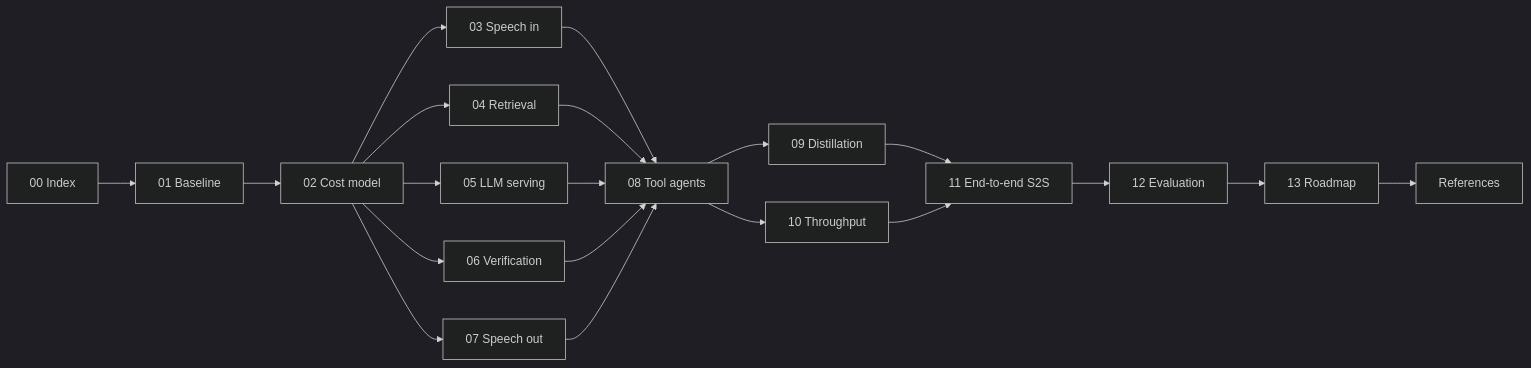
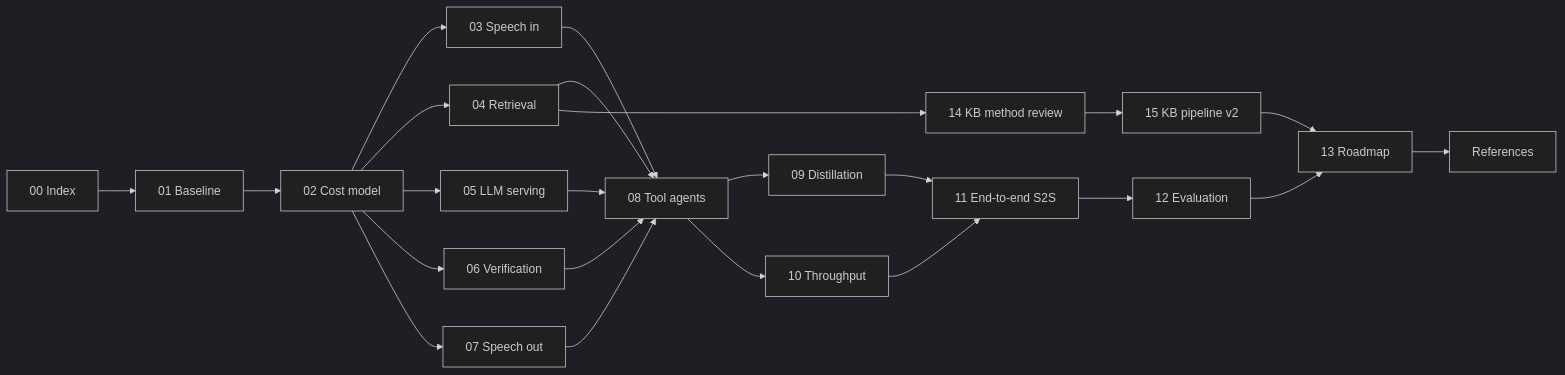
Before and after one commit to Punyansh26/minorprojectsem5: the diagram in idea/presentation/FutureWork/00_INDEX.md, drawn with Mermaid (dark theme). The commit also changed other lines of this file and 18 other files, not shown here.

````diff
--- a/idea/presentation/FutureWork/00_INDEX.md
+++ b/idea/presentation/FutureWork/00_INDEX.md
@@ -76,9 +79,10 @@
 ```mermaid
 flowchart LR
   I[00 Index] --> B[01 Baseline] --> M[02 Cost model]
   M --> S[03 Speech in] & R[04 Retrieval] & L[05 LLM serving] & V[06 Verification] & O[07 Speech out]
   S & R & L & V & O --> T[08 Tool agents]
   T --> D[09 Distillation] & C[10 Throughput]
   D & C --> E2E[11 End-to-end S2S]
   E2E --> EV[12 Evaluation] --> RM[13 Roadmap] --> REF[References]
+  R --> KBR[14 KB method review] --> KB2[15 KB pipeline v2] --> RM
 ```
````
